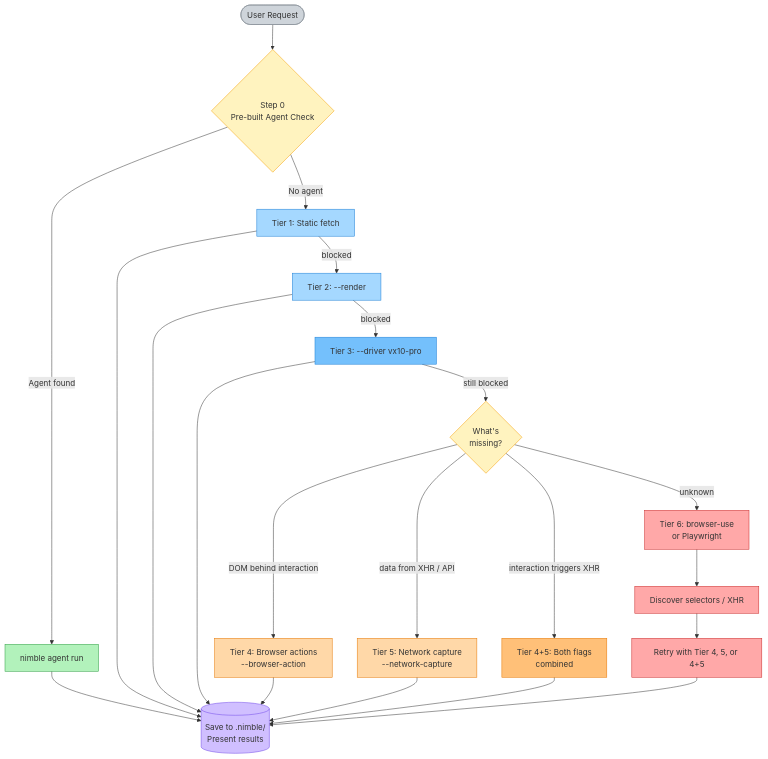
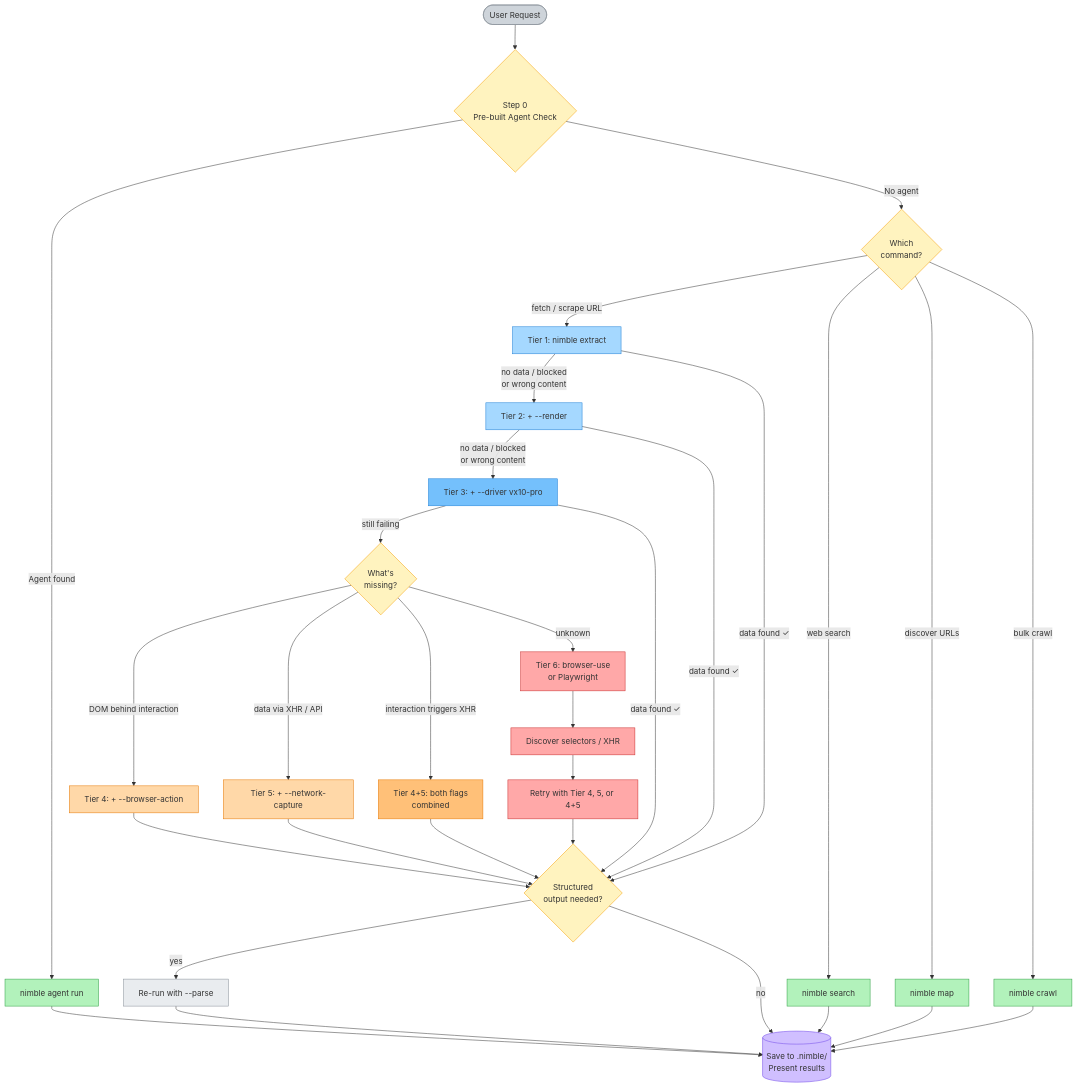
One commit to Nimbleway/agent-skills changed the diagram in skills/nimble-web-expert/README.md. Above: the diagram before and after it, drawn with Mermaid.

Commit message:
Expand web-expert diagram: commands, parse step, correct escalation labels
- Add command routing diamond after Step 0: extract / search / map / crawl
- Fix escalation edge labels: 'blocked' → 'no data / blocked / wrong content'
- Add --parse decision step after successful extract (structured output)
- nimble search, map, crawl now shown as direct green paths to results
- All paths converge at 'Save to .nimble/ Present results'

````diff
--- a/skills/nimble-web-expert/README.md
+++ b/skills/nimble-web-expert/README.md
@@ -46,38 +46,61 @@
 ```mermaid
 flowchart TD
     A([User Request]) --> B{Step 0\nPre-built Agent Check}
     B -->|Agent found| C[nimble agent run]
-    B -->|No agent| D[Tier 1: Static fetch]
-    D -->|blocked| E[Tier 2: --render]
-    E -->|blocked| F[Tier 3: --driver vx10-pro]
-    F -->|still blocked| G{What's\nmissing?}
-    G -->|DOM behind interaction| H[Tier 4: Browser actions\n--browser-action]
-    G -->|data from XHR / API| I[Tier 5: Network capture\n--network-capture]
-    G -->|interaction triggers XHR| HI[Tier 4+5: Both flags\ncombined]
-    G -->|unknown| J[Tier 6: browser-use\nor Playwright]
-    J --> K[Discover selectors / XHR]
-    K --> L[Retry with Tier 4, 5, or 4+5]
-    C --> M[(Save to .nimble/\nPresent results)]
-    D --> M
-    E --> M
-    F --> M
-    H --> M
-    I --> M
-    HI --> M
-    L --> M
+    B -->|No agent| D{Which\ncommand?}
+
+    D -->|fetch / scrape URL| E[Tier 1: nimble extract]
+    D -->|web search| S[nimble search]
+    D -->|discover URLs| MP[nimble map]
+    D -->|bulk crawl| CR[nimble crawl]
+
+    E -->|no data / blocked\nor wrong content| F[Tier 2: + --render]
+    F -->|no data / blocked\nor wrong content| G[Tier 3: + --driver vx10-pro]
+    G -->|still failing| H{What's\nmissing?}
+
+    H -->|DOM behind interaction| I[Tier 4: + --browser-action]
+    H -->|data via XHR / API| J[Tier 5: + --network-capture]
+    H -->|interaction triggers XHR| IJ[Tier 4+5: both flags\ncombined]
+    H -->|unknown| K[Tier 6: browser-use\nor Playwright]
+    K --> L[Discover selectors / XHR]
+    L --> M[Retry with Tier 4, 5, or 4+5]
+
+    E -->|data found ✓| P{Structured\noutput needed?}
+    F -->|data found ✓| P
+    G -->|data found ✓| P
+    I --> P
+    J --> P
+    IJ --> P
+    M --> P
+
+    P -->|yes| Q[Re-run with --parse]
+    P -->|no| R
+    Q --> R
+
+    C --> R
+    S --> R
+    MP --> R
+    CR --> R
+    R[(Save to .nimble/\nPresent results)]
 
     style A fill:#ced4da,stroke:#868e96
     style B fill:#fff3bf,stroke:#f59f00
     style C fill:#b2f2bb,stroke:#2f9e44
-    style D fill:#a5d8ff,stroke:#1c7ed6
+    style D fill:#fff3bf,stroke:#f59f00
+    style S fill:#b2f2bb,stroke:#2f9e44
+    style MP fill:#b2f2bb,stroke:#2f9e44
+    style CR fill:#b2f2bb,stroke:#2f9e44
     style E fill:#a5d8ff,stroke:#1c7ed6
-    style F fill:#74c0fc,stroke:#1c7ed6
-    style G fill:#fff3bf,stroke:#f59f00
-    style H fill:#ffd8a8,stroke:#e67700
+    style F fill:#a5d8ff,stroke:#1c7ed6
+    style G fill:#74c0fc,stroke:#1c7ed6
+    style H fill:#fff3bf,stroke:#f59f00
     style I fill:#ffd8a8,stroke:#e67700
-    style HI fill:#ffc078,stroke:#e67700
-    style J fill:#ffa8a8,stroke:#c92a2a
+    style J fill:#ffd8a8,stroke:#e67700
+    style IJ fill:#ffc078,stroke:#e67700
     style K fill:#ffa8a8,stroke:#c92a2a
     style L fill:#ffa8a8,stroke:#c92a2a
-    style M fill:#d0bfff,stroke:#7048e8
+    style M fill:#ffa8a8,stroke:#c92a2a
+    style P fill:#fff3bf,stroke:#f59f00
+    style Q fill:#e9ecef,stroke:#868e96
+    style R fill:#d0bfff,stroke:#7048e8
 ```
````
